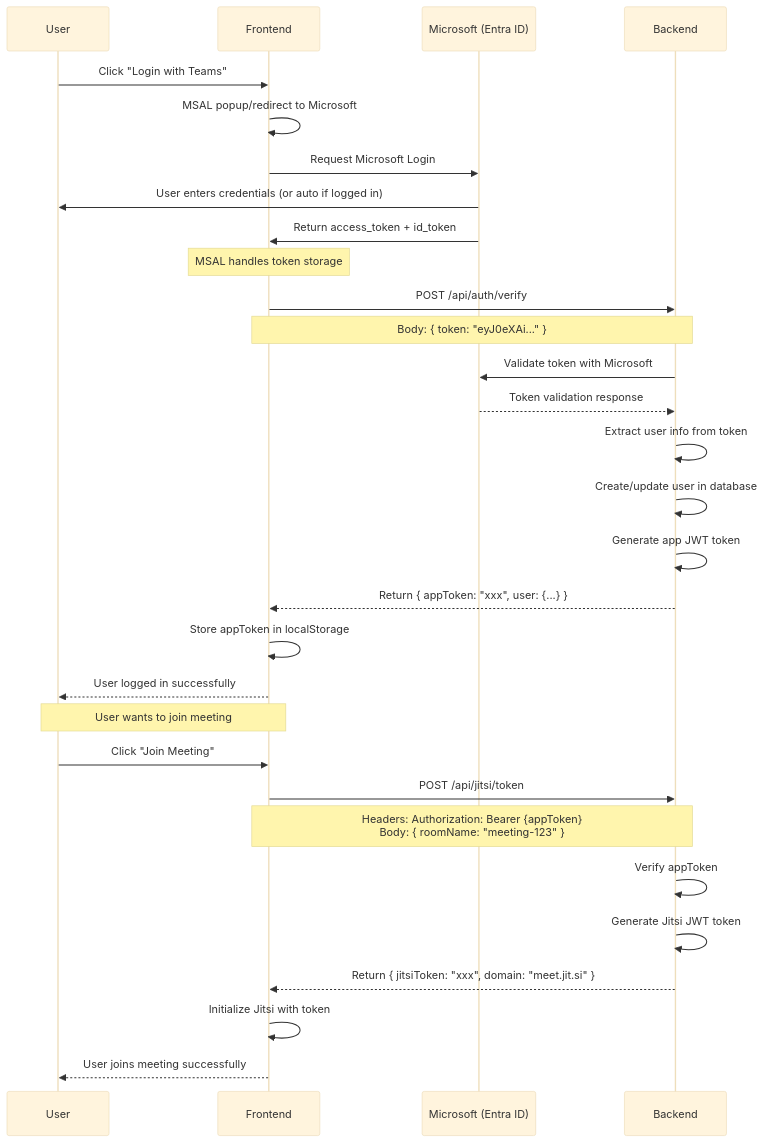
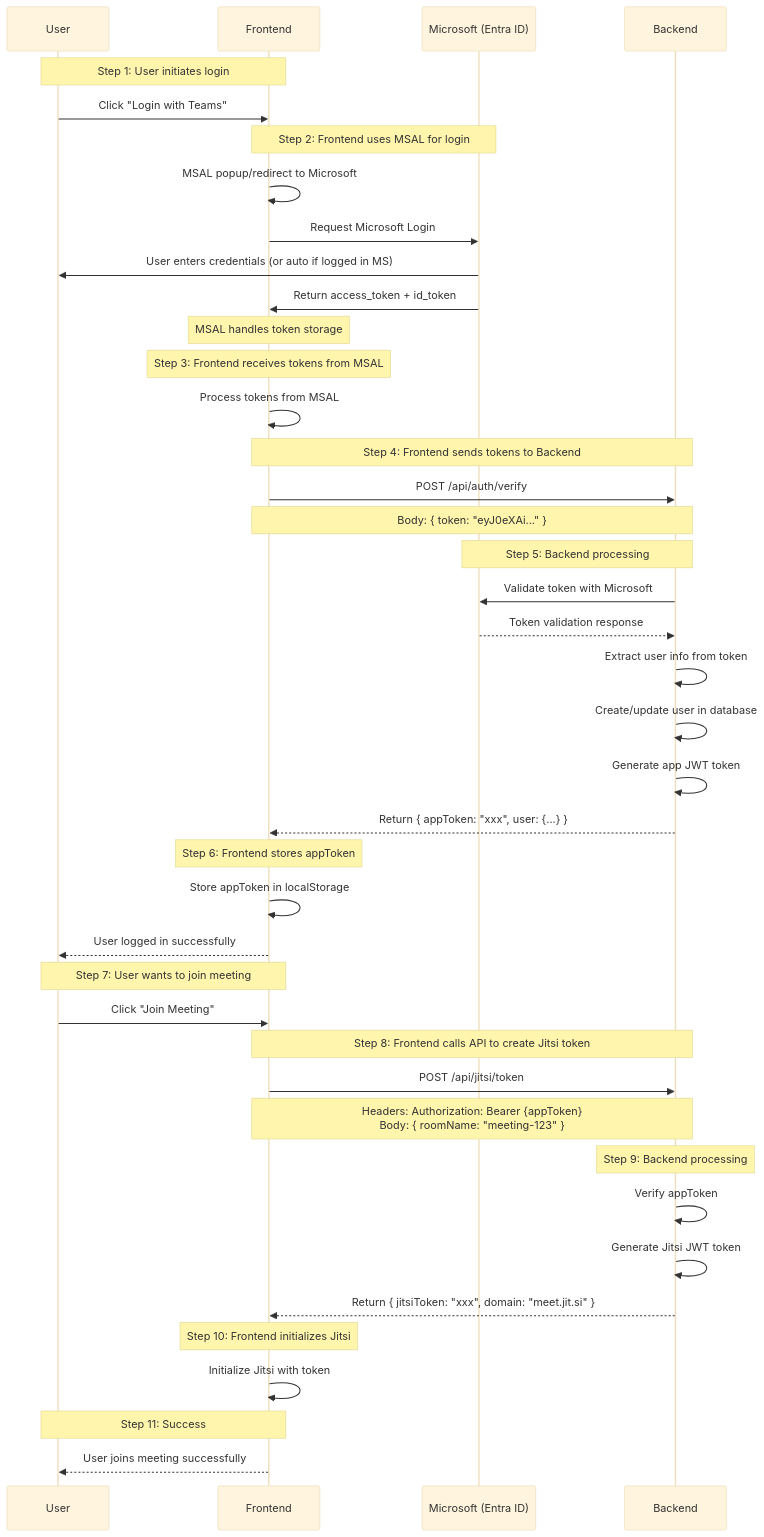
Before and after one commit to pnam16/foam: the first of 3 diagrams in projects/GEM/video-conference/auth-flow-v2.md, drawn with Mermaid (base theme).

Commit message:
Oct 24, 2025, 5:15 PM

````diff
--- a/projects/GEM/video-conference/auth-flow-v2.md
+++ b/projects/GEM/video-conference/auth-flow-v2.md
@@ -36,39 +36,54 @@
 ```mermaid
 sequenceDiagram
   participant U as User
   participant F as Frontend
   participant M as Microsoft (Entra ID)
   participant B as Backend
 
+  Note over U,F: Step 1: User initiates login
   U->>F: Click "Login with Teams"
+
+  Note over F,M: Step 2: Frontend uses MSAL for login
   F->>F: MSAL popup/redirect to Microsoft
   F->>M: Request Microsoft Login
-  M->>U: User enters credentials (or auto if logged in)
+  M->>U: User enters credentials (or auto if logged in MS)
   M->>F: Return access_token + id_token
   Note over F: MSAL handles token storage
 
+  Note over F: Step 3: Frontend receives tokens from MSAL
+  F->>F: Process tokens from MSAL
+
+  Note over F,B: Step 4: Frontend sends tokens to Backend
   F->>B: POST /api/auth/verify
   Note over F,B: Body: { token: "eyJ0eXAi..." }
 
+  Note over B,M: Step 5: Backend processing
   B->>M: Validate token with Microsoft
   M-->>B: Token validation response
   B->>B: Extract user info from token
   B->>B: Create/update user in database
   B->>B: Generate app JWT token
   B-->>F: Return { appToken: "xxx", user: {...} }
 
+  Note over F: Step 6: Frontend stores appToken
   F->>F: Store appToken in localStorage
   F-->>U: User logged in successfully
 
-  Note over U,F: User wants to join meeting
+  Note over U,F: Step 7: User wants to join meeting
   U->>F: Click "Join Meeting"
+
+  Note over F,B: Step 8: Frontend calls API to create Jitsi token
   F->>B: POST /api/jitsi/token
   Note over F,B: Headers: Authorization: Bearer {appToken}<br/>Body: { roomName: "meeting-123" }
 
+  Note over B: Step 9: Backend processing
   B->>B: Verify appToken
   B->>B: Generate Jitsi JWT token
   B-->>F: Return { jitsiToken: "xxx", domain: "meet.jit.si" }
 
+  Note over F: Step 10: Frontend initializes Jitsi
   F->>F: Initialize Jitsi with token
+
+  Note over U,F: Step 11: Success
   F-->>U: User joins meeting successfully
 ```
````
